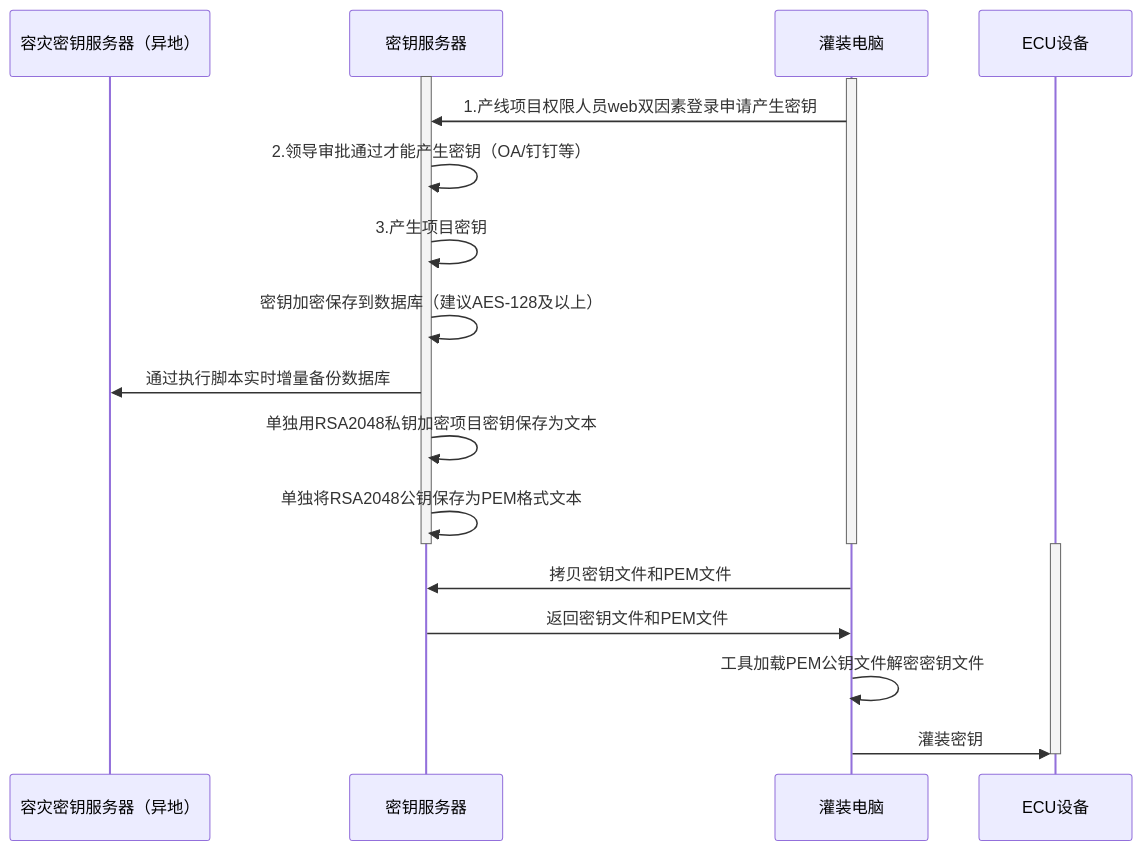
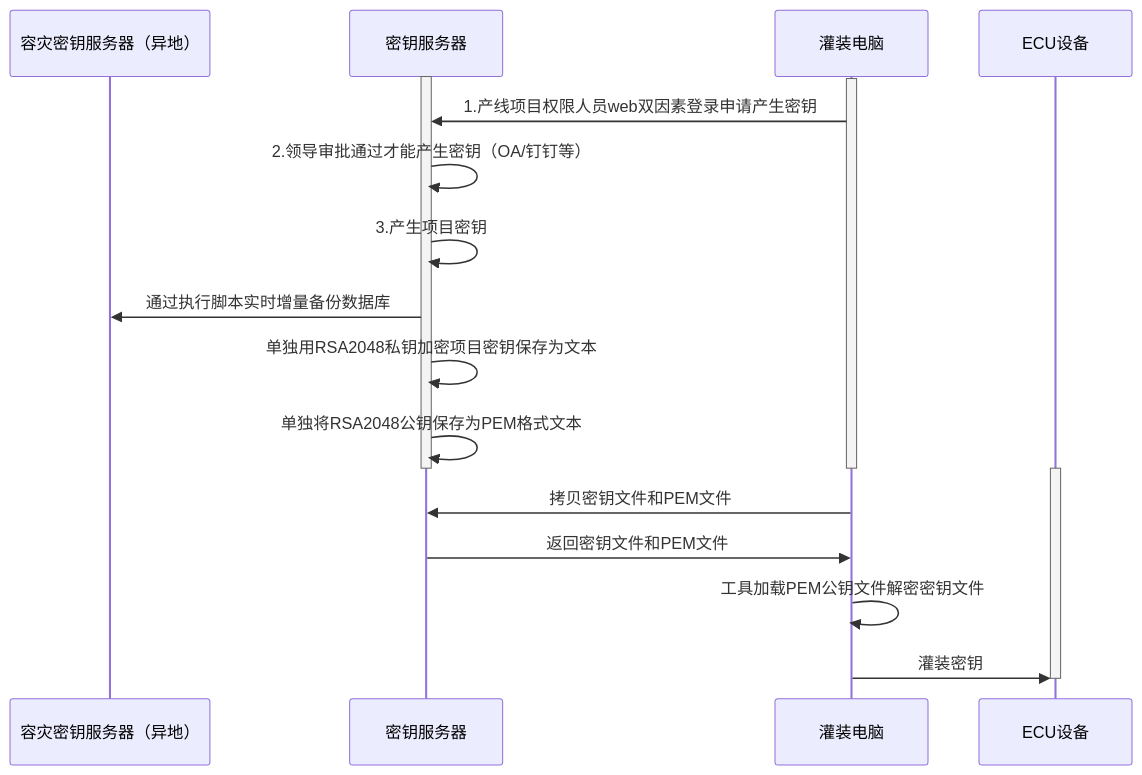
Before and after one commit to facebook-cloud/iodraw-files: the diagram in all/未命名-15.md, drawn with Mermaid.

Commit message:
2026-02-11 19:42:13 update

````diff
--- a/all/未命名-15.md
+++ b/all/未命名-15.md
@@ -1,29 +1,27 @@
 ```mermaid
 sequenceDiagram
     participant A as 容灾密钥服务器（异地）
     participant B as 密钥服务器
     participant D as 灌装电脑
     participant E as ECU设备
 
     activate B
     activate D
     D->>B: 1.产线项目权限人员web双因素登录申请产生密钥
     B->>B: 2.领导审批通过才能产生密钥（OA/钉钉等）
     B->>B: 3.产生项目密钥
- 
-    B->>B: 密钥加密保存到数据库（建议AES-128及以上）
     B->>A: 通过执行脚本实时增量备份数据库
 
     B->>B: 单独用RSA2048私钥加密项目密钥保存为文本
     B->>B: 单独将RSA2048公钥保存为PEM格式文本
     deactivate B
     deactivate D
 
     activate E
     D->>B: 拷贝密钥文件和PEM文件
     B->>D: 返回密钥文件和PEM文件
     D->>D:工具加载PEM公钥文件解密密钥文件
     D->>E: 灌装密钥
     deactivate E
 
 ```
````
